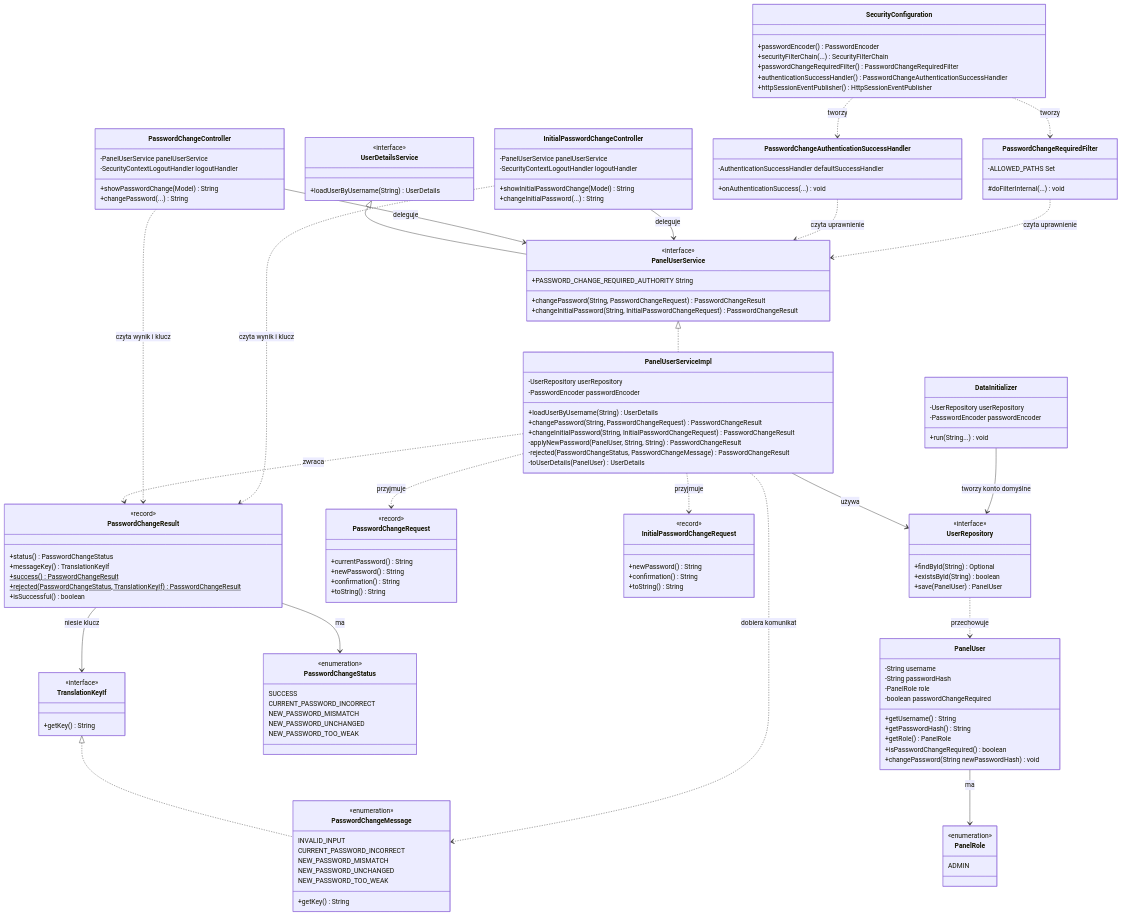
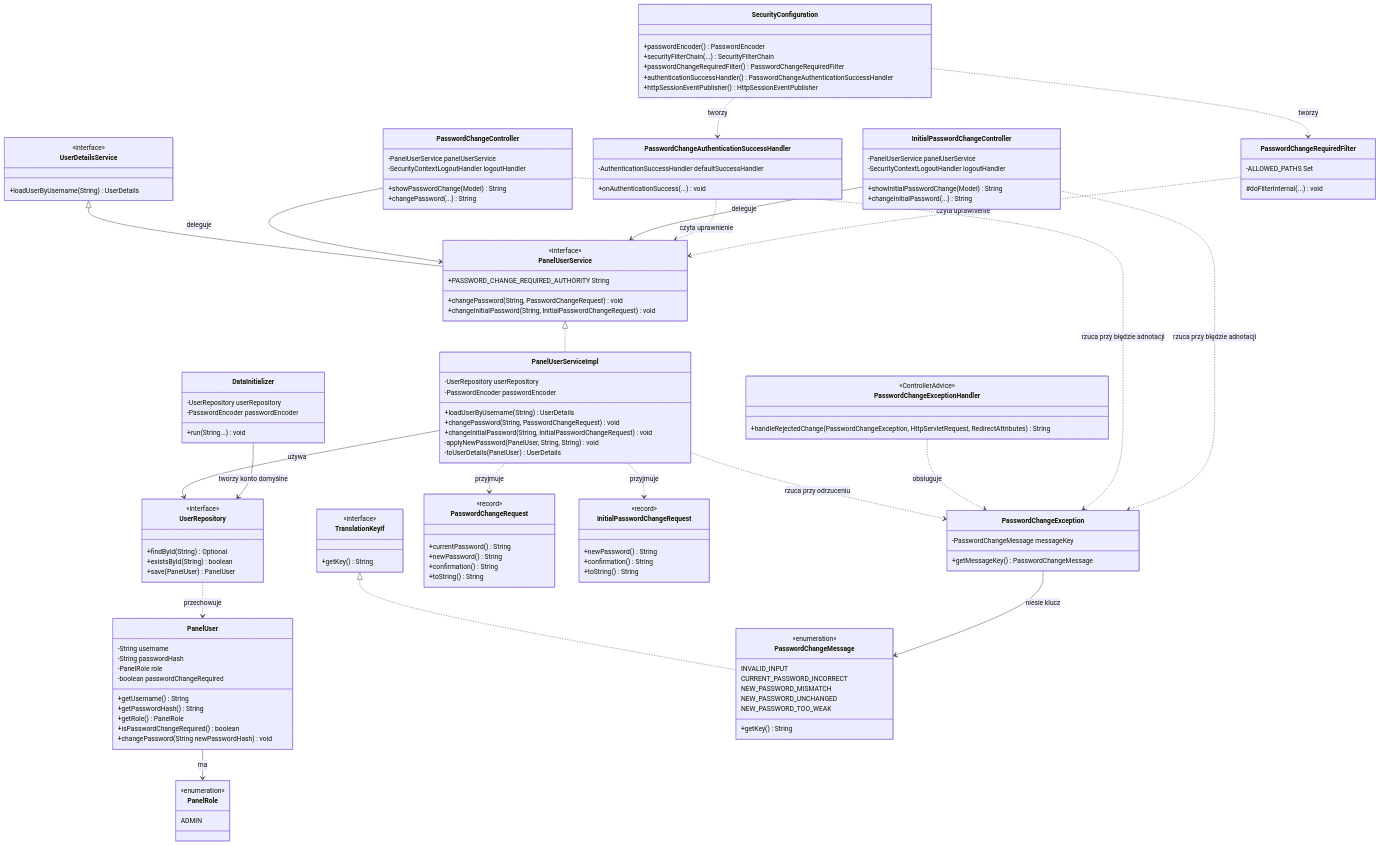
One commit to Pplociennik/vDeck changed the diagram in dokumentacja/diagramy/authentication/klasy-komponenty.mmd. Above: the diagram before and after it, drawn with Mermaid. The commit also changed 100 other files, not shown here.

```diff
--- a/dokumentacja/diagramy/authentication/klasy-komponenty.mmd
+++ b/dokumentacja/diagramy/authentication/klasy-komponenty.mmd
@@ -1,158 +1,148 @@
 %% Diagram klas: feature authentication oraz współpracujące komponenty bezpieczeństwa
 classDiagram
     direction TB
 
     class PanelUser {
         -String username
         -String passwordHash
         -PanelRole role
         -boolean passwordChangeRequired
         +getUsername() String
         +getPasswordHash() String
         +getRole() PanelRole
         +isPasswordChangeRequired() boolean
         +changePassword(String newPasswordHash) void
     }
 
     class PanelRole {
         <<enumeration>>
         ADMIN
     }
 
-    class PasswordChangeStatus {
-        <<enumeration>>
-        SUCCESS
-        CURRENT_PASSWORD_INCORRECT
-        NEW_PASSWORD_MISMATCH
-        NEW_PASSWORD_UNCHANGED
-        NEW_PASSWORD_TOO_WEAK
+    class PasswordChangeException {
+        -PasswordChangeMessage messageKey
+        +getMessageKey() PasswordChangeMessage
     }
 
-    class PasswordChangeResult {
-        <<record>>
-        +status() PasswordChangeStatus
-        +messageKey() TranslationKeyIf
-        +success()$ PasswordChangeResult
-        +rejected(PasswordChangeStatus, TranslationKeyIf)$ PasswordChangeResult
-        +isSuccessful() boolean
+    class PasswordChangeExceptionHandler {
+        <<ControllerAdvice>>
+        +handleRejectedChange(PasswordChangeException, HttpServletRequest, RedirectAttributes) String
     }
 
     class PasswordChangeMessage {
         <<enumeration>>
         INVALID_INPUT
         CURRENT_PASSWORD_INCORRECT
         NEW_PASSWORD_MISMATCH
         NEW_PASSWORD_UNCHANGED
         NEW_PASSWORD_TOO_WEAK
         +getKey() String
     }
 
     class TranslationKeyIf {
         <<interface>>
         +getKey() String
     }
 
     class PasswordChangeRequest {
         <<record>>
         +currentPassword() String
         +newPassword() String
         +confirmation() String
         +toString() String
     }
 
     class InitialPasswordChangeRequest {
         <<record>>
         +newPassword() String
         +confirmation() String
         +toString() String
     }
 
     class UserRepository {
         <<interface>>
         +findById(String) Optional
         +existsById(String) boolean
         +save(PanelUser) PanelUser
     }
 
     class UserDetailsService {
         <<interface>>
         +loadUserByUsername(String) UserDetails
     }
 
     class PanelUserService {
         <<interface>>
         +PASSWORD_CHANGE_REQUIRED_AUTHORITY String
-        +changePassword(String, PasswordChangeRequest) PasswordChangeResult
-        +changeInitialPassword(String, InitialPasswordChangeRequest) PasswordChangeResult
+        +changePassword(String, PasswordChangeRequest) void
+        +changeInitialPassword(String, InitialPasswordChangeRequest) void
     }
 
     class PanelUserServiceImpl {
         -UserRepository userRepository
         -PasswordEncoder passwordEncoder
         +loadUserByUsername(String) UserDetails
-        +changePassword(String, PasswordChangeRequest) PasswordChangeResult
-        +changeInitialPassword(String, InitialPasswordChangeRequest) PasswordChangeResult
-        -applyNewPassword(PanelUser, String, String) PasswordChangeResult
-        -rejected(PasswordChangeStatus, PasswordChangeMessage) PasswordChangeResult
+        +changePassword(String, PasswordChangeRequest) void
+        +changeInitialPassword(String, InitialPasswordChangeRequest) void
+        -applyNewPassword(PanelUser, String, String) void
         -toUserDetails(PanelUser) UserDetails
     }
 
     class PasswordChangeController {
         -PanelUserService panelUserService
         -SecurityContextLogoutHandler logoutHandler
         +showPasswordChange(Model) String
         +changePassword(...) String
     }
 
     class InitialPasswordChangeController {
         -PanelUserService panelUserService
         -SecurityContextLogoutHandler logoutHandler
         +showInitialPasswordChange(Model) String
         +changeInitialPassword(...) String
     }
 
     class PasswordChangeAuthenticationSuccessHandler {
         -AuthenticationSuccessHandler defaultSuccessHandler
         +onAuthenticationSuccess(...) void
     }
 
     class PasswordChangeRequiredFilter {
         -ALLOWED_PATHS Set
         #doFilterInternal(...) void
     }
 
     class SecurityConfiguration {
         +passwordEncoder() PasswordEncoder
         +securityFilterChain(...) SecurityFilterChain
         +passwordChangeRequiredFilter() PasswordChangeRequiredFilter
         +authenticationSuccessHandler() PasswordChangeAuthenticationSuccessHandler
         +httpSessionEventPublisher() HttpSessionEventPublisher
     }
 
     class DataInitializer {
         -UserRepository userRepository
         -PasswordEncoder passwordEncoder
         +run(String...) void
     }
 
     UserDetailsService <|-- PanelUserService
     PanelUserService <|.. PanelUserServiceImpl
     TranslationKeyIf <|.. PasswordChangeMessage
     PanelUserServiceImpl --> UserRepository : używa
     PanelUserServiceImpl ..> PasswordChangeRequest : przyjmuje
     PanelUserServiceImpl ..> InitialPasswordChangeRequest : przyjmuje
-    PanelUserServiceImpl ..> PasswordChangeResult : zwraca
-    PanelUserServiceImpl ..> PasswordChangeMessage : dobiera komunikat
-    PasswordChangeResult --> PasswordChangeStatus : ma
-    PasswordChangeResult --> TranslationKeyIf : niesie klucz
+    PanelUserServiceImpl ..> PasswordChangeException : rzuca przy odrzuceniu
+    PasswordChangeException --> PasswordChangeMessage : niesie klucz
+    PasswordChangeExceptionHandler ..> PasswordChangeException : obsługuje
     UserRepository ..> PanelUser : przechowuje
     PanelUser --> PanelRole : ma
     PasswordChangeController --> PanelUserService : deleguje
     InitialPasswordChangeController --> PanelUserService : deleguje
-    PasswordChangeController ..> PasswordChangeResult : czyta wynik i klucz
-    InitialPasswordChangeController ..> PasswordChangeResult : czyta wynik i klucz
+    PasswordChangeController ..> PasswordChangeException : rzuca przy błędzie adnotacji
+    InitialPasswordChangeController ..> PasswordChangeException : rzuca przy błędzie adnotacji
     PasswordChangeAuthenticationSuccessHandler ..> PanelUserService : czyta uprawnienie
     PasswordChangeRequiredFilter ..> PanelUserService : czyta uprawnienie
     SecurityConfiguration ..> PasswordChangeRequiredFilter : tworzy
     SecurityConfiguration ..> PasswordChangeAuthenticationSuccessHandler : tworzy
     DataInitializer --> UserRepository : tworzy konto domyślne
```
